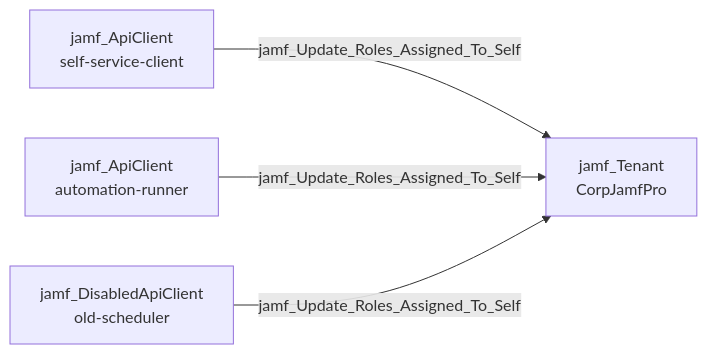
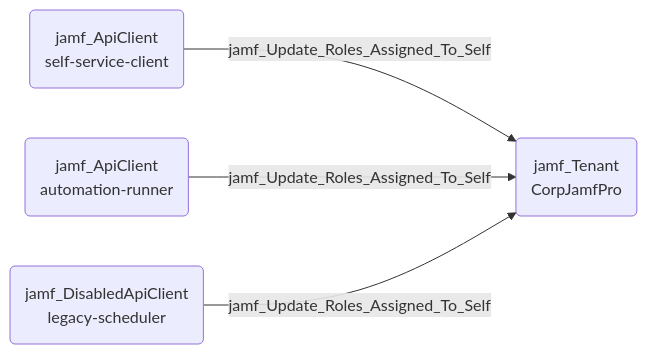
One commit to SpecterOps/bloodhound-docs changed the diagram in docs/opengraph/extensions/jamfhound/reference/edges/jamf_update_roles_assigned_to_self.mdx. Above: the diagram before and after it, drawn with Mermaid. The commit also changed 33 other files, not shown here.

Commit message:
Updated documentation with revised mermaid diagrams

````diff
--- a/docs/opengraph/extensions/jamfhound/reference/edges/jamf_update_roles_assigned_to_self.mdx
+++ b/docs/opengraph/extensions/jamfhound/reference/edges/jamf_update_roles_assigned_to_self.mdx
@@ -18,6 +18,14 @@
 ```mermaid
 graph LR
-    A["jamf_ApiClient\nself-service-client"] -->|jamf_Update_Roles_Assigned_To_Self| B["jamf_Tenant\nCorpJamfPro"]
-    C["jamf_ApiClient\nautomation-runner"] -->|jamf_Update_Roles_Assigned_To_Self| B
-    D["jamf_DisabledApiClient\nold-scheduler"] -->|jamf_Update_Roles_Assigned_To_Self| B
+    A("jamf_ApiClient
+self-service-client")
+    B("jamf_Tenant
+CorpJamfPro")
+    C("jamf_DisabledApiClient
+legacy-scheduler")
+    D("jamf_ApiClient
+automation-runner")
+    A -- jamf_Update_Roles_Assigned_To_Self --> B
+    D -- jamf_Update_Roles_Assigned_To_Self --> B
+    C -- jamf_Update_Roles_Assigned_To_Self --> B
 ```
````
